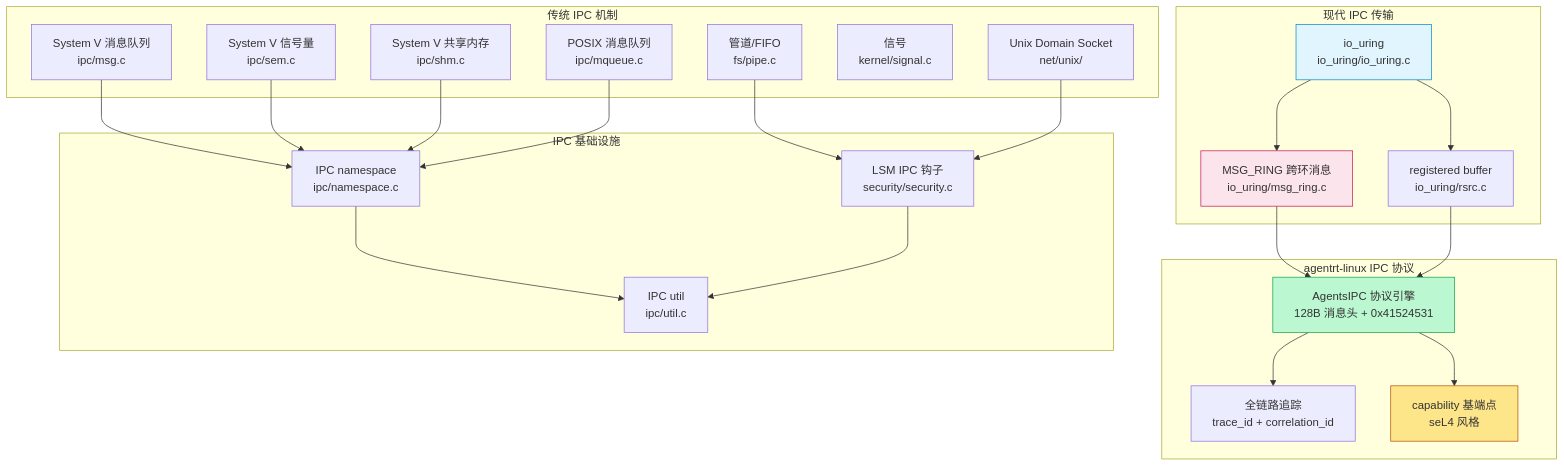
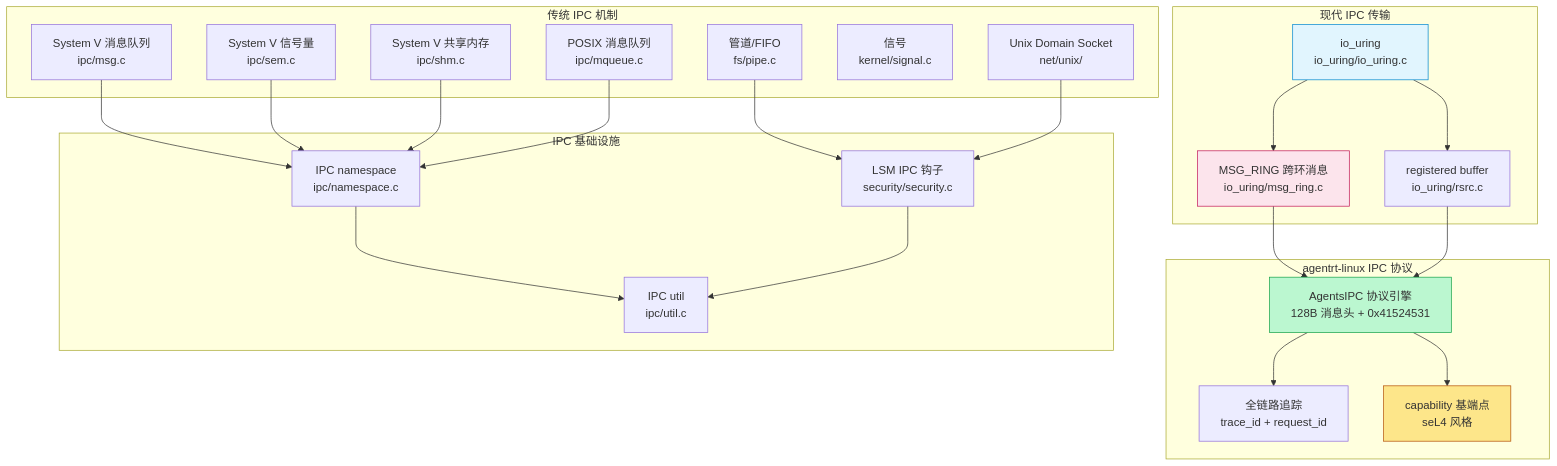
One commit to openairymax/docs-closed changed the first of 4 diagrams in agentrt-linux/01-openeuler-tech-reference/06-ipc-spec.md. Above: the diagram before and after it, drawn with Mermaid. The commit also changed other lines of this file and 81 other files, not shown here.

````diff
--- a/agentrt-linux/01-openeuler-tech-reference/06-ipc-spec.md
+++ b/agentrt-linux/01-openeuler-tech-reference/06-ipc-spec.md
@@ -88,52 +88,52 @@
 ```mermaid
 flowchart TB
     subgraph "传统 IPC 机制"
         SYSV_MSG[System V 消息队列<br/>ipc/msg.c]
         SYSV_SEM[System V 信号量<br/>ipc/sem.c]
         SYSV_SHM[System V 共享内存<br/>ipc/shm.c]
         MQUEUE[POSIX 消息队列<br/>ipc/mqueue.c]
         PIPE[管道/FIFO<br/>fs/pipe.c]
         SIGNAL[信号<br/>kernel/signal.c]
         UDS[Unix Domain Socket<br/>net/unix/]
     end
 
     subgraph "现代 IPC 传输"
         IO_URING[io_uring<br/>io_uring/io_uring.c]
         MSG_RING[MSG_RING 跨环消息<br/>io_uring/msg_ring.c]
         REG_BUF[registered buffer<br/>io_uring/rsrc.c]
     end
 
     subgraph "agentrt-linux IPC 协议"
         AGENTS_IPC[AgentsIPC 协议引擎<br/>128B 消息头 + 0x41524531]
-        TRACE[全链路追踪<br/>trace_id + correlation_id]
+        TRACE[全链路追踪<br/>trace_id + request_id]
         CAP_ENDPOINT[capability 基端点<br/>seL4 风格]
     end
 
     subgraph "IPC 基础设施"
         NS[IPC namespace<br/>ipc/namespace.c]
         UTIL[IPC util<br/>ipc/util.c]
         LSM[LSM IPC 钩子<br/>security/security.c]
     end
 
     SYSV_MSG --> NS
     SYSV_SEM --> NS
     SYSV_SHM --> NS
     MQUEUE --> NS
     PIPE --> LSM
     UDS --> LSM
 
     IO_URING --> MSG_RING
     IO_URING --> REG_BUF
     MSG_RING --> AGENTS_IPC
     REG_BUF --> AGENTS_IPC
     AGENTS_IPC --> TRACE
     AGENTS_IPC --> CAP_ENDPOINT
 
     NS --> UTIL
     LSM --> UTIL
 
     style IO_URING fill:#e1f5fe,stroke:#0288d1
     style MSG_RING fill:#fce4ec,stroke:#c2185b
     style AGENTS_IPC fill:#bbf7d0,stroke:#16a34a
     style CAP_ENDPOINT fill:#fde68a,stroke:#b45309
 ```
````
